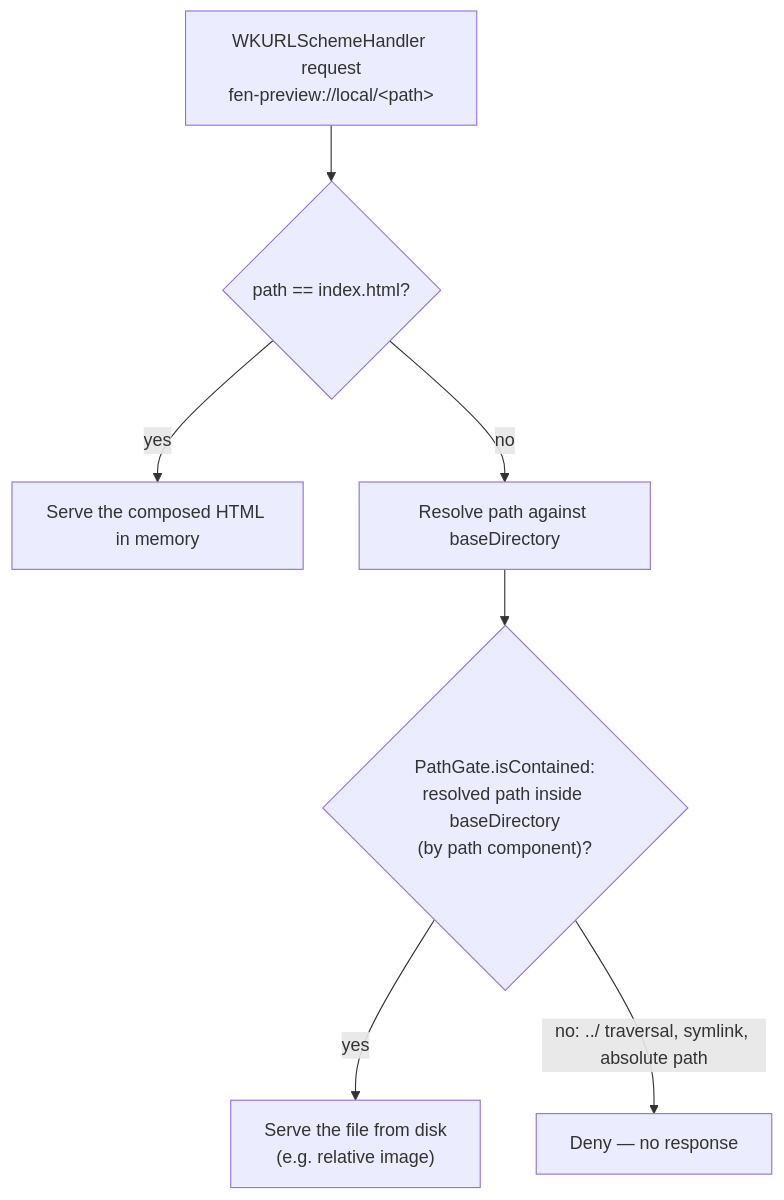
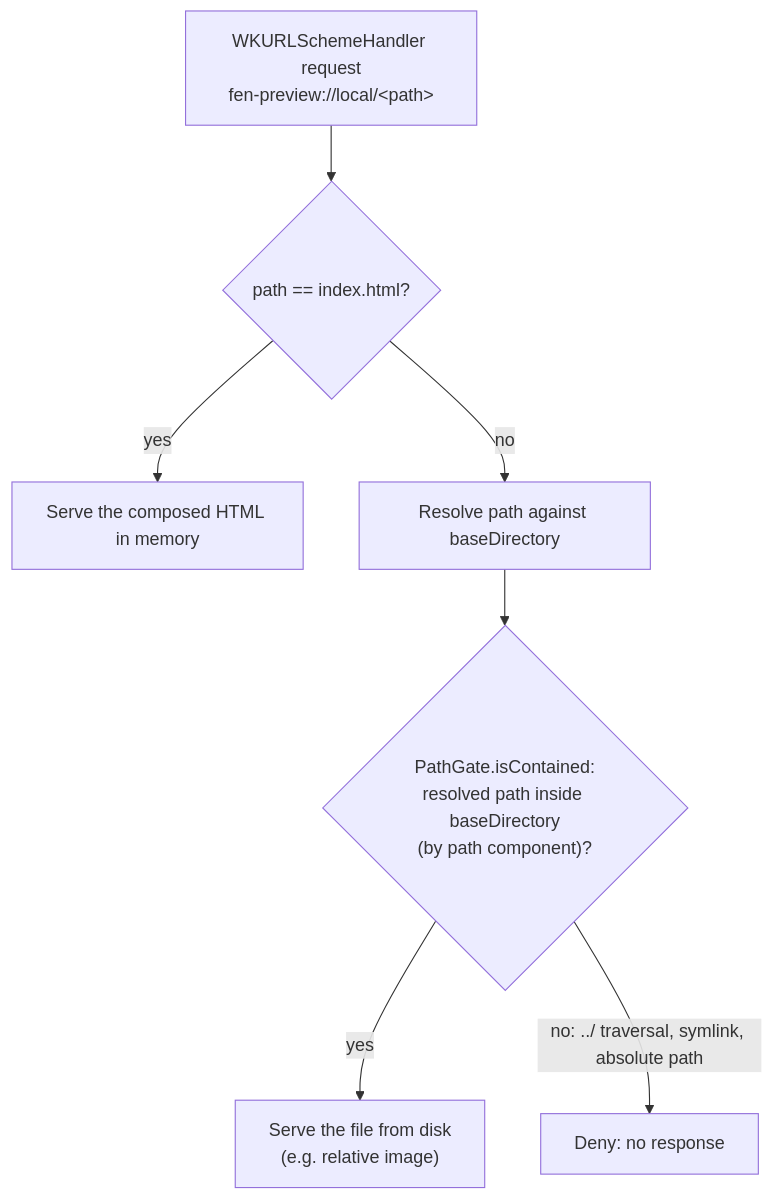
The sixth of 8 diagrams in docs/ARCHITECTURE.md (zoharbabin/fen), drawn with Mermaid before and after one commit. The commit also changed other lines of this file and 28 other files, not shown here.

````diff
--- a/docs/ARCHITECTURE.md
+++ b/docs/ARCHITECTURE.md
@@ -135,9 +221,9 @@
 ```mermaid
 flowchart TD
     Request["WKURLSchemeHandler request<br/>fen-preview://local/&lt;path&gt;"] --> IsIndex{"path == index.html?"}
     IsIndex -->|yes| ServeHTML["Serve the composed HTML in memory"]
     IsIndex -->|no| Resolve["Resolve path against baseDirectory"]
     Resolve --> Guard{"PathGate.isContained:<br/>resolved path inside baseDirectory<br/>(by path component)?"}
     Guard -->|yes| ServeFile["Serve the file from disk<br/>(e.g. relative image)"]
-    Guard -->|no: ../ traversal, symlink, absolute path| Deny["Deny — no response"]
+    Guard -->|no: ../ traversal, symlink, absolute path| Deny["Deny: no response"]
 ```
````
